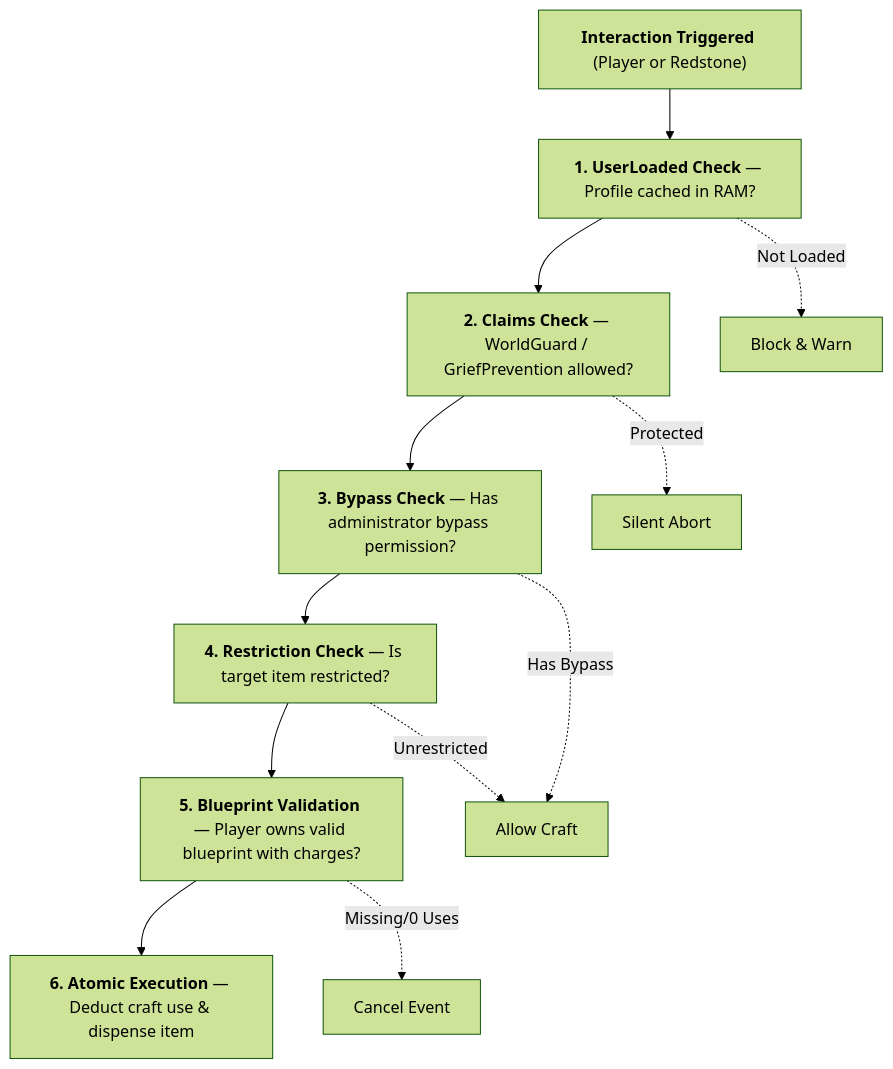
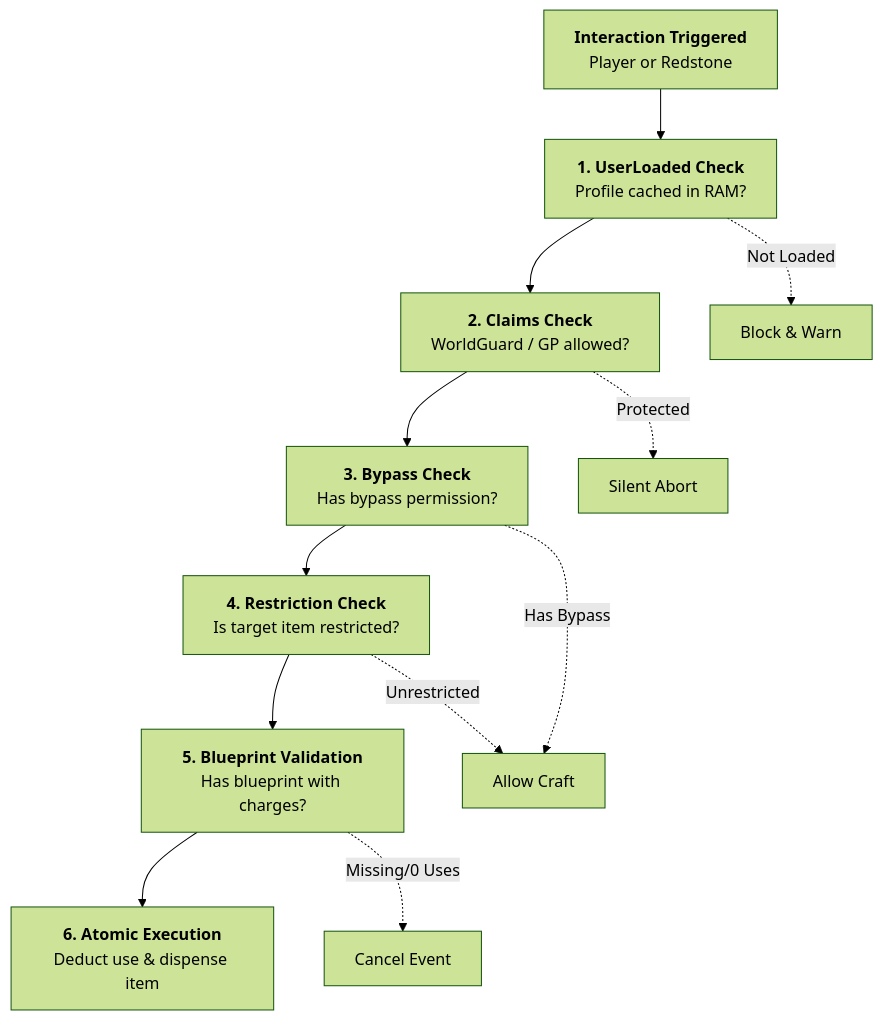
One commit to XZtotal/CraftingBlueprints-Wiki changed the diagram in docs/mechanics/workstations-matrix.md. Above: the diagram before and after it, drawn with Mermaid (forest theme). The commit also changed 24 other files, not shown here.

````diff
--- a/docs/mechanics/workstations-matrix.md
+++ b/docs/mechanics/workstations-matrix.md
@@ -27,16 +27,28 @@
 ```mermaid
 flowchart TD
-    Start["<b>Interaction Triggered</b> (Player or Redstone)"]
-    --> R1["<b>1. UserLoaded Check</b> — Profile cached in RAM?"]
-    --> R2["<b>2. Claims Check</b> — WorldGuard / GriefPrevention allowed?"]
-    --> R3["<b>3. Bypass Check</b> — Has administrator bypass permission?"]
-    --> R4["<b>4. Restriction Check</b> — Is target item restricted?"]
-    --> R5["<b>5. Blueprint Validation</b> — Player owns valid blueprint with charges?"]
-    --> R6["<b>6. Atomic Execution</b> — Deduct craft use & dispense item"]
+    Start["<b>Interaction Triggered</b><br/>Player or Redstone"]
+    R1["<b>1. UserLoaded Check</b><br/>Profile cached in RAM?"]
+    R2["<b>2. Claims Check</b><br/>WorldGuard / GP allowed?"]
+    R3["<b>3. Bypass Check</b><br/>Has bypass permission?"]
+    R4["<b>4. Restriction Check</b><br/>Is target item restricted?"]
+    R5["<b>5. Blueprint Validation</b><br/>Has blueprint with charges?"]
+    R6["<b>6. Atomic Execution</b><br/>Deduct use &amp; dispense item"]
 
-    R1 -.->|Not Loaded| Warn["Block & Warn"]
-    R2 -.->|Protected| Abort["Silent Abort"]
-    R3 -.->|Has Bypass| Pass["Allow Craft"]
+    Warn["Block &amp; Warn"]
+    Abort["Silent Abort"]
+    Pass["Allow Craft"]
+    Deny["Cancel Event"]
+
+    Start --> R1
+    R1 --> R2
+    R2 --> R3
+    R3 --> R4
+    R4 --> R5
+    R5 --> R6
+
+    R1 -.->|Not Loaded| Warn
+    R2 -.->|Protected| Abort
+    R3 -.->|Has Bypass| Pass
     R4 -.->|Unrestricted| Pass
-    R5 -.->|Missing/0 Uses| Deny["Cancel Event"]
+    R5 -.->|Missing/0 Uses| Deny
 ```
````
